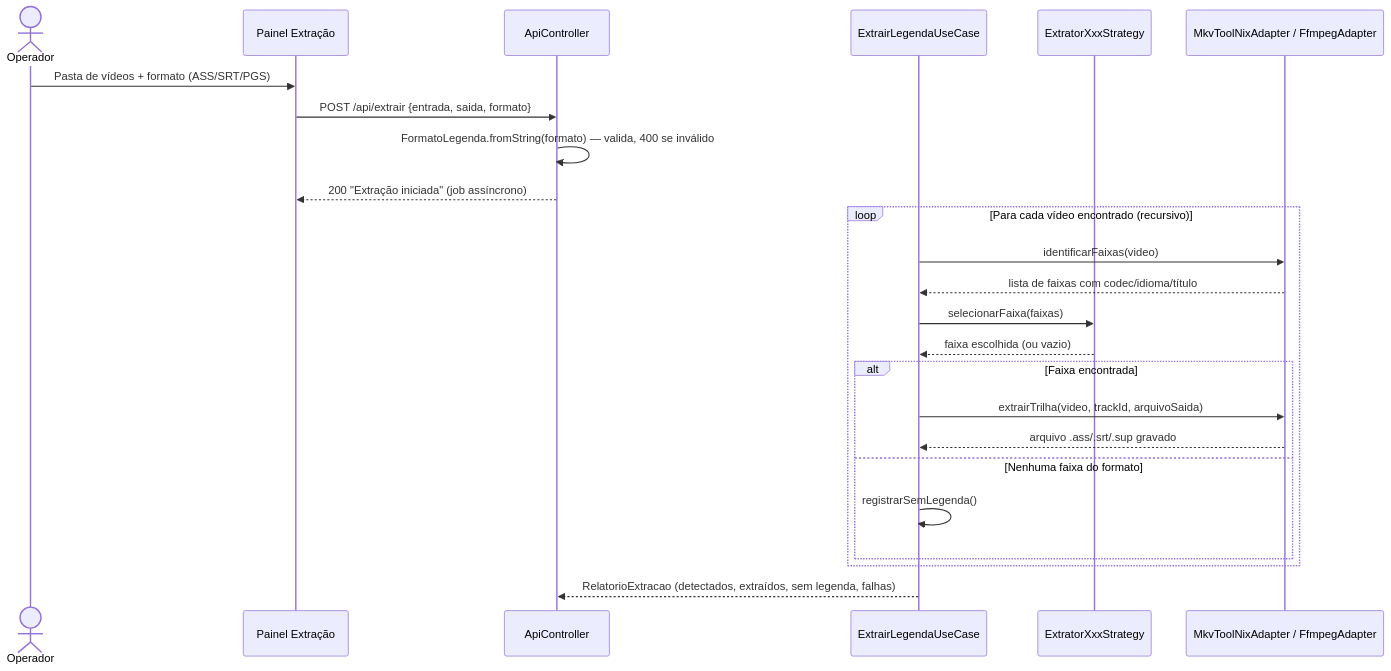
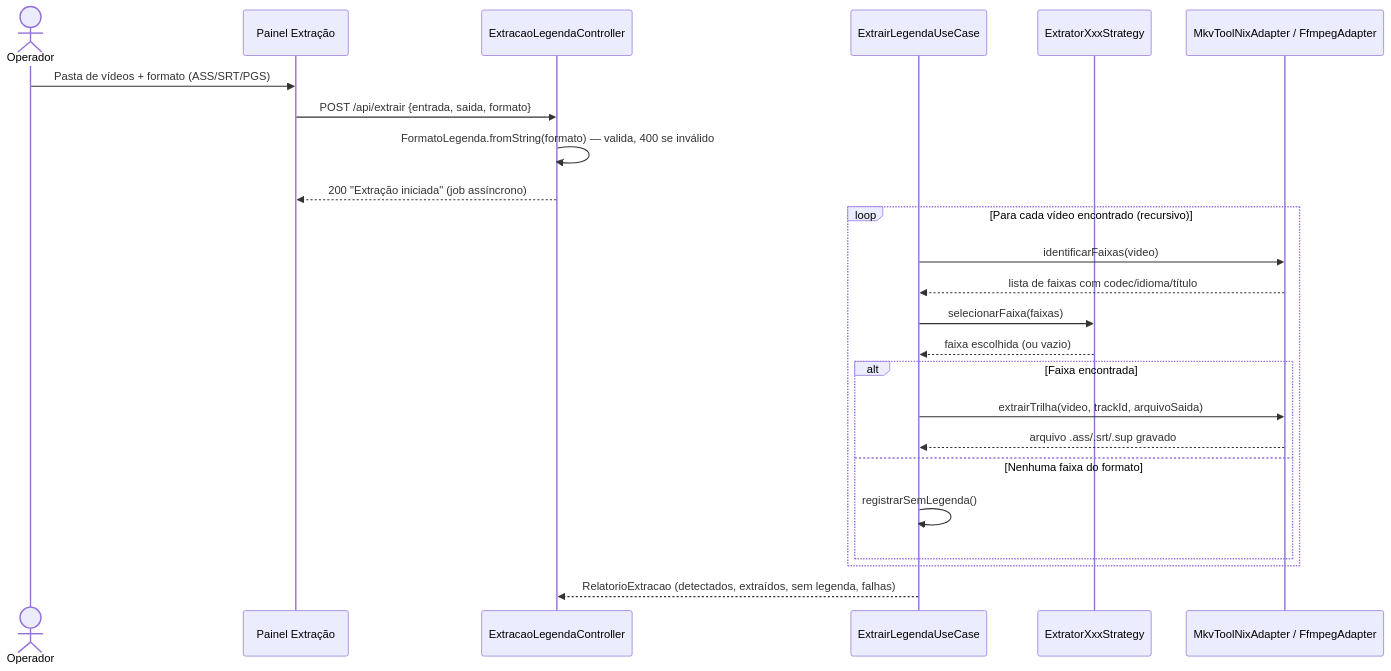
One commit to carmipa/traducao_animes_llm_local_quarkus-1 changed the second of 2 diagrams in docs/etapa-1.2-extracao-legendas.md. Above: the diagram before and after it, drawn with Mermaid. The commit also changed 5 other files, not shown here.

First line of the commit message:
docs: varredura de referencia morta nos 26 documentos — o ApiController que nao existe mais

````diff
--- a/docs/etapa-1.2-extracao-legendas.md
+++ b/docs/etapa-1.2-extracao-legendas.md
@@ -54,27 +54,27 @@
 ```mermaid
 sequenceDiagram
     actor Op as Operador
     participant UI as Painel Extração
-    participant API as ApiController
+    participant API as ExtracaoLegendaController
     participant UC as ExtrairLegendaUseCase
     participant STR as ExtratorXxxStrategy
     participant AD as MkvToolNixAdapter / FfmpegAdapter
 
     Op->>UI: Pasta de vídeos + formato (ASS/SRT/PGS)
     UI->>API: POST /api/extrair {entrada, saida, formato}
     API->>API: FormatoLegenda.fromString(formato) — valida, 400 se inválido
     API-->>UI: 200 "Extração iniciada" (job assíncrono)
     loop Para cada vídeo encontrado (recursivo)
         UC->>AD: identificarFaixas(video)
         AD-->>UC: lista de faixas com codec/idioma/título
         UC->>STR: selecionarFaixa(faixas)
         STR-->>UC: faixa escolhida (ou vazio)
         alt Faixa encontrada
             UC->>AD: extrairTrilha(video, trackId, arquivoSaida)
             AD-->>UC: arquivo .ass/.srt/.sup gravado
         else Nenhuma faixa do formato
             UC->>UC: registrarSemLegenda()
         end
     end
     UC-->>API: RelatorioExtracao (detectados, extraídos, sem legenda, falhas)
 ```
````
